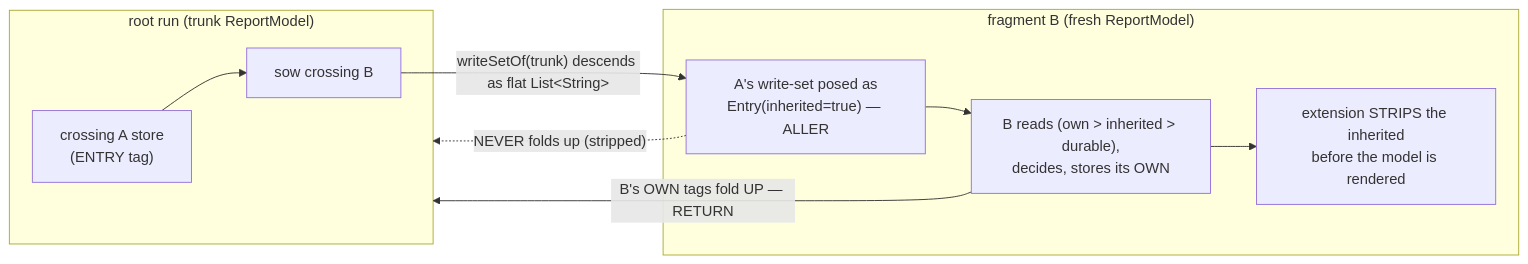
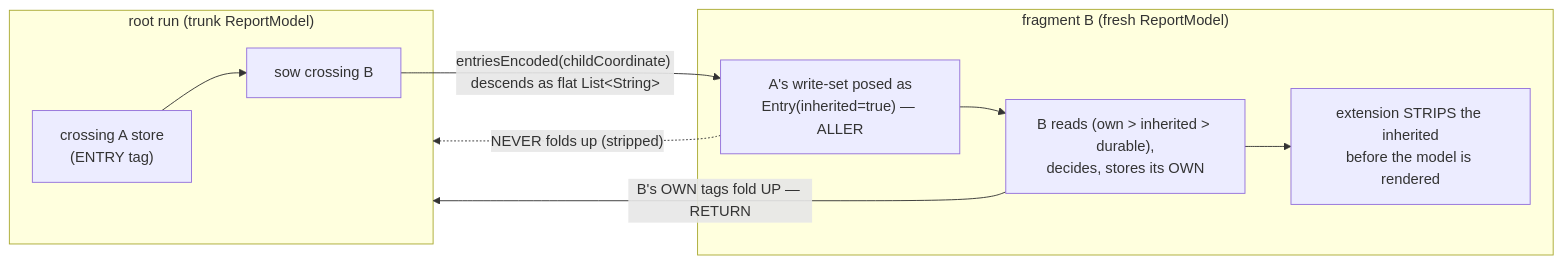
Before and after one commit to nxmatic/rke2lab: diagram 14 of 18 in docs/architecture/osgi/seed-broker-spec.adoc, drawn with Mermaid. The commit also changed other lines of this file and 35 other files, not shown here.

```diff
--- a/docs/architecture/osgi/seed-broker-spec.adoc
+++ b/docs/architecture/osgi/seed-broker-spec.adoc
@@ -1854,16 +1854,16 @@
 [mermaid]
 ....
 flowchart LR
   subgraph root["root run (trunk ReportModel)"]
     ta["crossing A store<br/>(ENTRY tag)"]
     tb["sow crossing B"]
   end
   subgraph frag["fragment B (fresh ReportModel)"]
     inh["A's write-set posed as<br/>Entry(inherited=true) — ALLER"]
     own["B reads (own > inherited > durable),<br/>decides, stores its OWN"]
     strip["extension STRIPS the inherited<br/>before the model is rendered"]
   end
-  ta --> tb -->|"writeSetOf(trunk) descends as flat List&lt;String&gt;"| inh --> own --> strip
+  ta --> tb -->|"entriesEncoded(childCoordinate) descends as flat List&lt;String&gt;"| inh --> own --> strip
   own -->|"B's OWN tags fold UP — RETURN"| root
   inh -.->|"NEVER folds up (stripped)"| root
 ....
```
